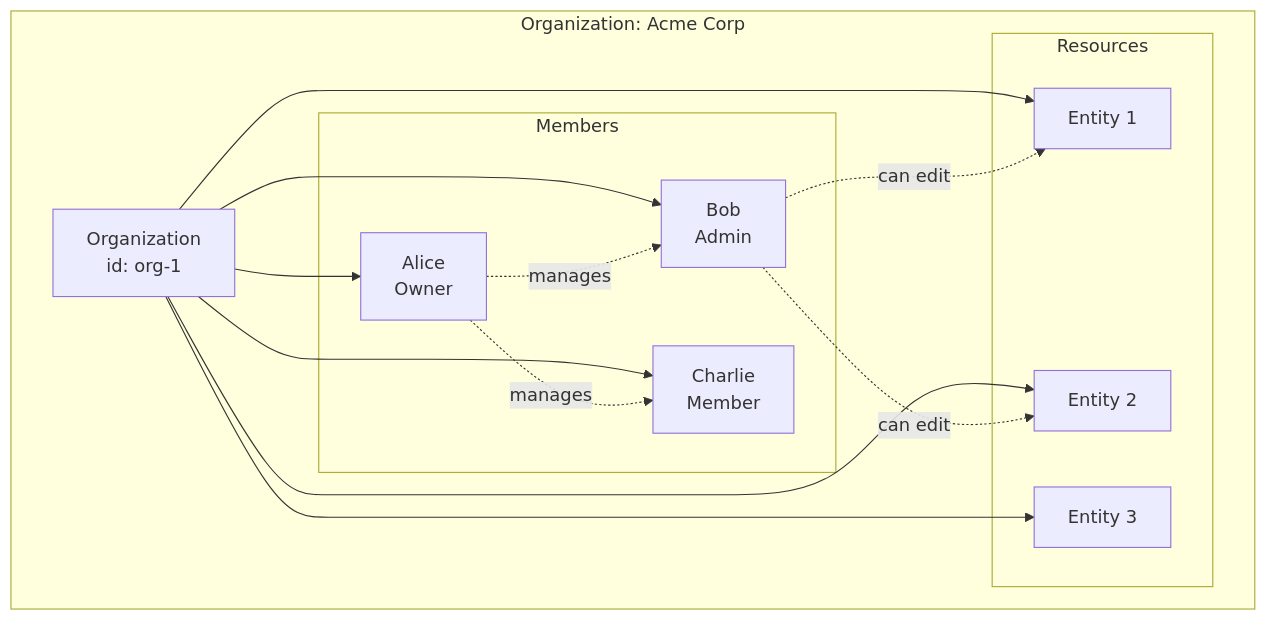
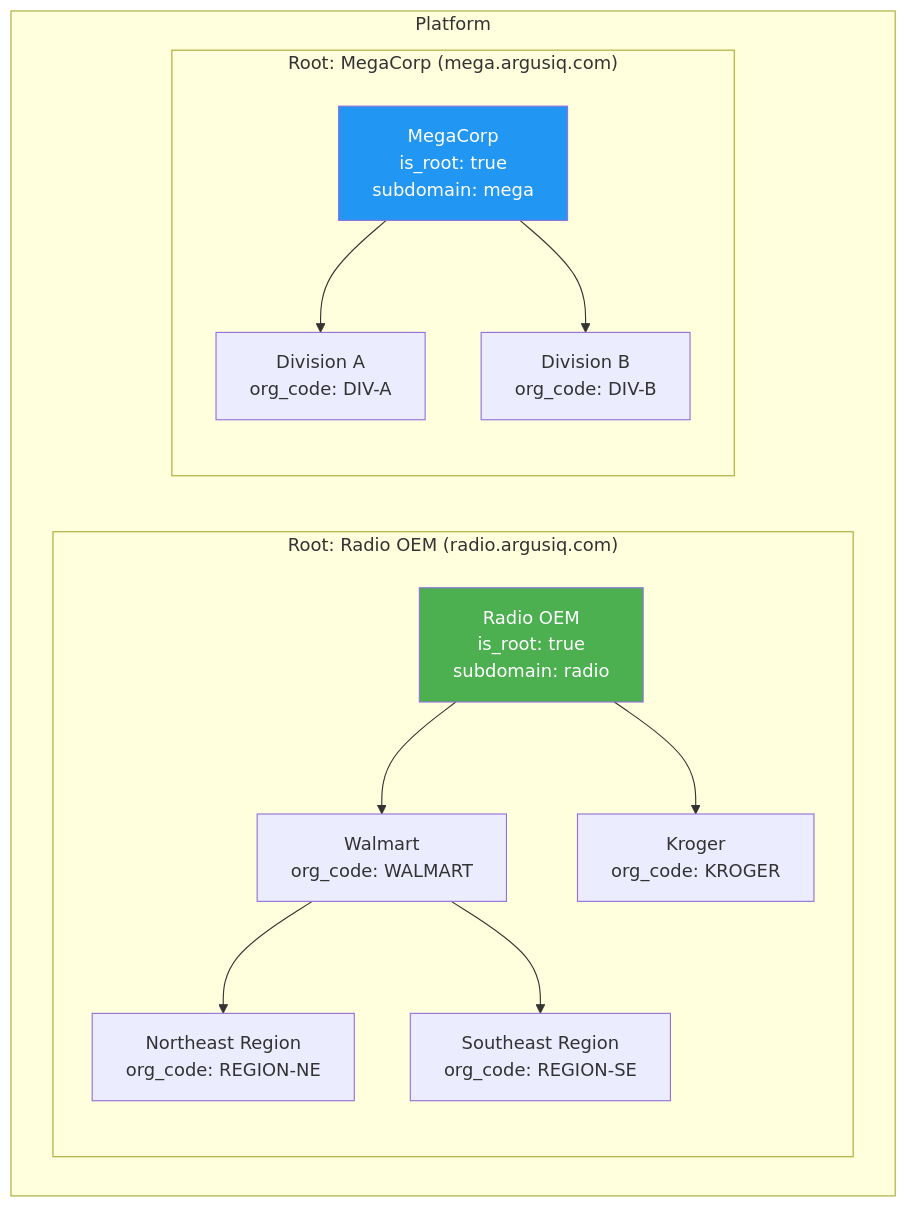
One commit to Dyad-Apps/argus-lite changed the sixth of 11 diagrams in docs/architecture/phase-1-auth-multi-org.md. Above: the diagram before and after it, drawn with Mermaid. The commit also changed other lines of this file and 29 other files, not shown here.

````diff
--- a/docs/architecture/phase-1-auth-multi-org.md
+++ b/docs/architecture/phase-1-auth-multi-org.md
@@ -294,31 +315,29 @@
 ```mermaid
 graph TB
-    subgraph "Organization: Acme Corp"
-        ORG1[Organization<br/>id: org-1]
+    subgraph "Platform"
+        subgraph "Root: Radio OEM (radio.argusiq.com)"
+            R1[Radio OEM<br/>is_root: true<br/>subdomain: radio]
+            R1_C1[Walmart<br/>org_code: WALMART]
+            R1_C2[Kroger<br/>org_code: KROGER]
+            R1_C1_1[Northeast Region<br/>org_code: REGION-NE]
+            R1_C1_2[Southeast Region<br/>org_code: REGION-SE]
 
-        subgraph "Members"
-            U1[Alice<br/>Owner]
-            U2[Bob<br/>Admin]
-            U3[Charlie<br/>Member]
+            R1 --> R1_C1
+            R1 --> R1_C2
+            R1_C1 --> R1_C1_1
+            R1_C1 --> R1_C1_2
         end
 
-        subgraph "Resources"
-            E1[Entity 1]
-            E2[Entity 2]
-            E3[Entity 3]
+        subgraph "Root: MegaCorp (mega.argusiq.com)"
+            R2[MegaCorp<br/>is_root: true<br/>subdomain: mega]
+            R2_C1[Division A<br/>org_code: DIV-A]
+            R2_C2[Division B<br/>org_code: DIV-B]
+
+            R2 --> R2_C1
+            R2 --> R2_C2
         end
     end
 
-    ORG1 --> U1
-    ORG1 --> U2
-    ORG1 --> U3
-
-    ORG1 --> E1
-    ORG1 --> E2
-    ORG1 --> E3
-
-    U1 -.->|manages| U2
-    U1 -.->|manages| U3
-    U2 -.->|can edit| E1
-    U2 -.->|can edit| E2
+    style R1 fill:#4CAF50,color:white
+    style R2 fill:#2196F3,color:white
 ```
````
